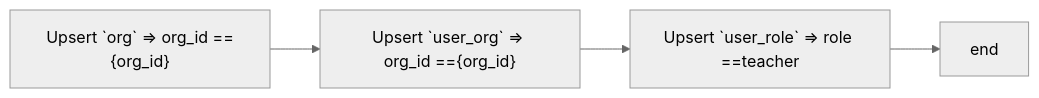
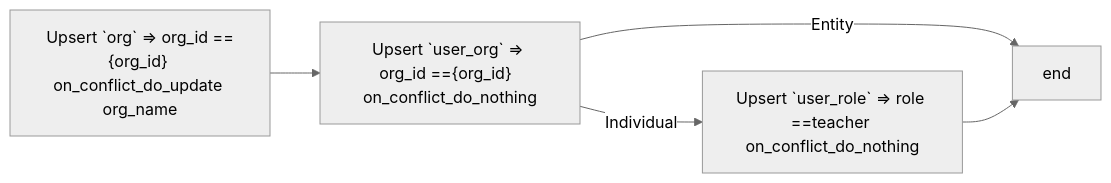
One commit to claire0613/ocelot_docs changed the third of 3 diagrams in vs_account.md. Above: the diagram before and after it, drawn with Mermaid (neutral theme). The commit also changed other lines of this file and 1 other file, not shown here.

````diff
--- a/vs_account.md
+++ b/vs_account.md
@@ -49,10 +51,11 @@
 ```mermaid
 
 graph LR
-    C["Upsert `org` => org_id =={org_id}"]
-    C --> D["Upsert `user_org` => org_id =={org_id}"]
-    D --> E[Upsert `user_role` => role ==teacher]
+    C["Upsert `org` => org_id =={org_id} on_conflict_do_update org_name"]
+    C --> D["Upsert `user_org` => org_id =={org_id}  on_conflict_do_nothing" ]
+    D --> |Individual|E[Upsert `user_role` => role ==teacher on_conflict_do_nothing]
+    D --> |Entity|G[end]
     E --> G[end]
 
 
 ```
````
